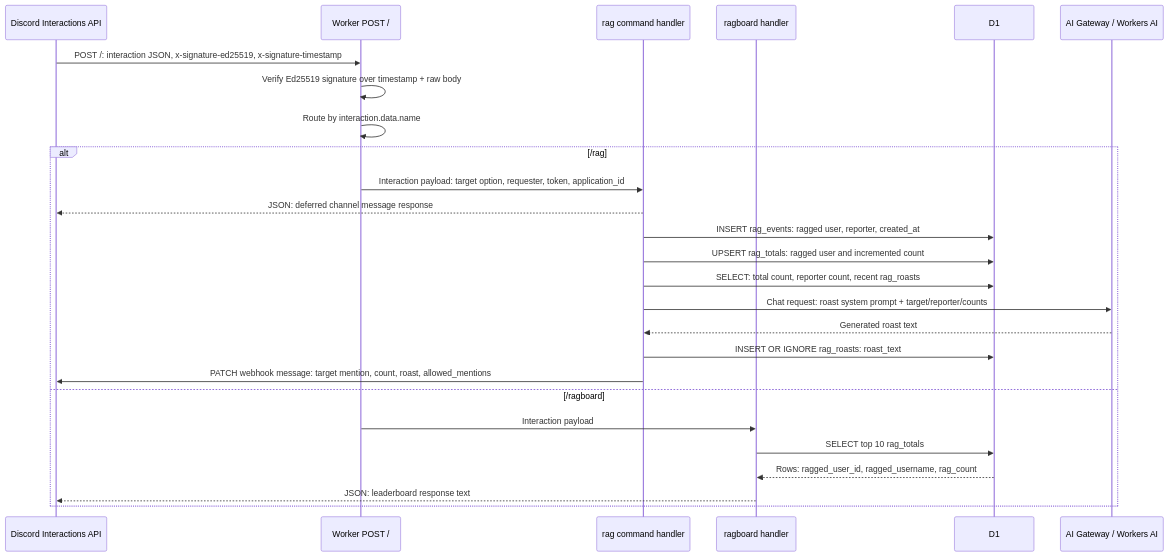
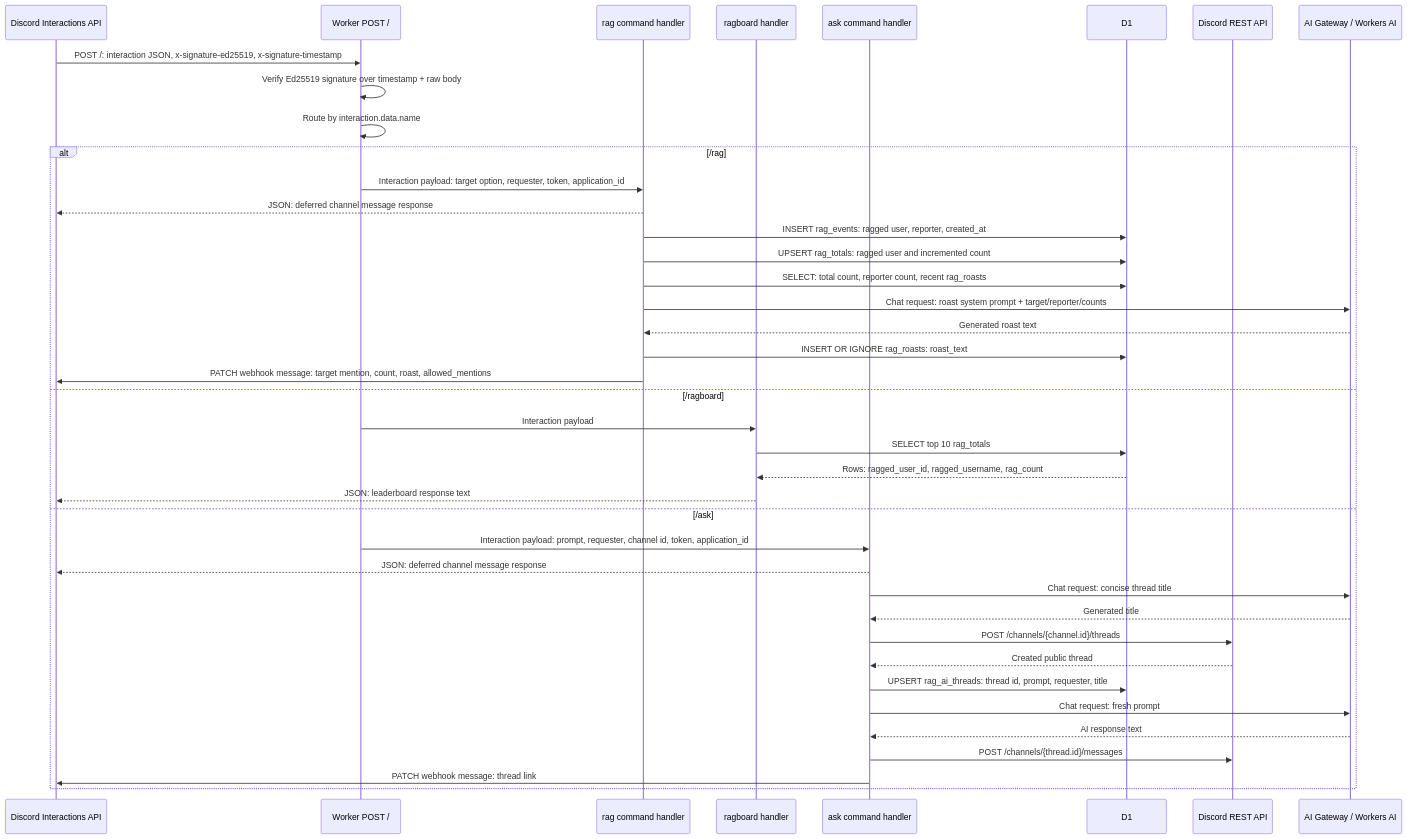
The second of 3 diagrams in DESIGN.md (jackm43/rag), drawn with Mermaid before and after one commit. The commit also changed other lines of this file and 13 other files, not shown here.

````diff
--- a/DESIGN.md
+++ b/DESIGN.md
@@ -60,30 +63,44 @@
 ```mermaid
 sequenceDiagram
   participant Discord as Discord Interactions API
   participant Worker as Worker POST /
   participant Rag as rag command handler
   participant Board as ragboard handler
+  participant Ask as ask command handler
   participant DB as D1
+  participant REST as Discord REST API
   participant AI as AI Gateway / Workers AI
 
   Discord->>Worker: POST /: interaction JSON, x-signature-ed25519, x-signature-timestamp
   Worker->>Worker: Verify Ed25519 signature over timestamp + raw body
   Worker->>Worker: Route by interaction.data.name
 
   alt /rag
     Worker->>Rag: Interaction payload: target option, requester, token, application_id
     Rag-->>Discord: JSON: deferred channel message response
     Rag->>DB: INSERT rag_events: ragged user, reporter, created_at
     Rag->>DB: UPSERT rag_totals: ragged user and incremented count
     Rag->>DB: SELECT: total count, reporter count, recent rag_roasts
     Rag->>AI: Chat request: roast system prompt + target/reporter/counts
     AI-->>Rag: Generated roast text
     Rag->>DB: INSERT OR IGNORE rag_roasts: roast_text
     Rag->>Discord: PATCH webhook message: target mention, count, roast, allowed_mentions
   else /ragboard
     Worker->>Board: Interaction payload
     Board->>DB: SELECT top 10 rag_totals
     DB-->>Board: Rows: ragged_user_id, ragged_username, rag_count
     Board-->>Discord: JSON: leaderboard response text
+  else /ask
+    Worker->>Ask: Interaction payload: prompt, requester, channel id, token, application_id
+    Ask-->>Discord: JSON: deferred channel message response
+    Ask->>AI: Chat request: concise thread title
+    AI-->>Ask: Generated title
+    Ask->>REST: POST /channels/{channel.id}/threads
+    REST-->>Ask: Created public thread
+    Ask->>DB: UPSERT rag_ai_threads: thread id, prompt, requester, title
+    Ask->>AI: Chat request: fresh prompt
+    AI-->>Ask: AI response text
+    Ask->>REST: POST /channels/{thread.id}/messages
+    Ask->>Discord: PATCH webhook message: thread link
   end
 ```
````
